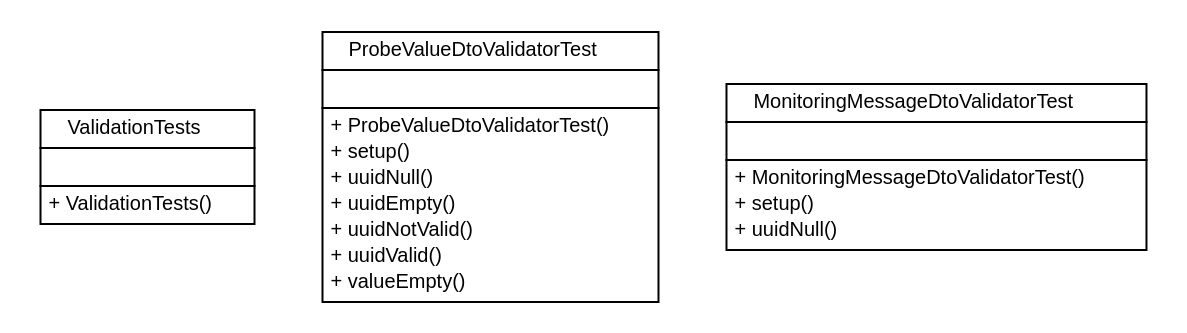
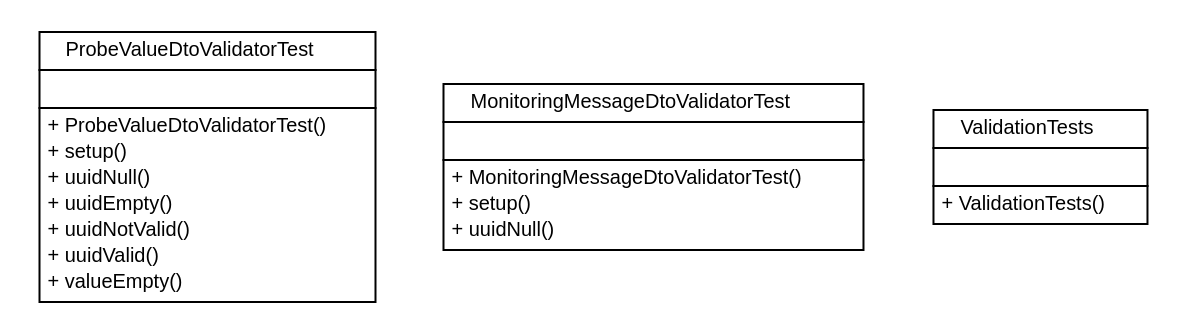
One commit to serene-project/serene-collector changed the diagram in testapidocs/net/sereneproject/collector/validation/net.sereneproject.collector.validation.dot. Above: the diagram before and after it, drawn with Graphviz. The commit also changed 337 other files, not shown here.

```diff
--- a/testapidocs/net/sereneproject/collector/validation/net.sereneproject.collector.validation.dot
+++ b/testapidocs/net/sereneproject/collector/validation/net.sereneproject.collector.validation.dot
@@ -1,56 +1,56 @@
 #!/usr/local/bin/dot
 #
 # Class diagram 
 # Generated by UMLGraph version 5.1 (http://www.umlgraph.org/)
 #
 
 digraph G {
 	edge [fontname="Helvetica",fontsize=10,labelfontname="Helvetica",labelfontsize=10];
 	node [fontname="Helvetica",fontsize=10,shape=plaintext];
 	nodesep=0.25;
 	ranksep=0.5;
-	// net.sereneproject.collector.validation.ValidationTests
-	c46 [label=<<table title="net.sereneproject.collector.validation.ValidationTests" border="0" cellborder="1" cellspacing="0" cellpadding="2" port="p" href="./ValidationTests.html">
-		<tr><td><table border="0" cellspacing="0" cellpadding="1">
-<tr><td align="center" balign="center"> ValidationTests </td></tr>
-		</table></td></tr>
-		<tr><td><table border="0" cellspacing="0" cellpadding="1">
-<tr><td align="left" balign="left">  </td></tr>
-		</table></td></tr>
-		<tr><td><table border="0" cellspacing="0" cellpadding="1">
-<tr><td align="left" balign="left"> + ValidationTests() </td></tr>
-		</table></td></tr>
-		</table>>, fontname="Helvetica", fontcolor="black", fontsize=10.0];
 	// net.sereneproject.collector.validation.ProbeValueDtoValidatorTest
 	c47 [label=<<table title="net.sereneproject.collector.validation.ProbeValueDtoValidatorTest" border="0" cellborder="1" cellspacing="0" cellpadding="2" port="p" href="./ProbeValueDtoValidatorTest.html">
 		<tr><td><table border="0" cellspacing="0" cellpadding="1">
 <tr><td align="center" balign="center"> ProbeValueDtoValidatorTest </td></tr>
 		</table></td></tr>
 		<tr><td><table border="0" cellspacing="0" cellpadding="1">
 <tr><td align="left" balign="left">  </td></tr>
 		</table></td></tr>
 		<tr><td><table border="0" cellspacing="0" cellpadding="1">
 <tr><td align="left" balign="left"> + ProbeValueDtoValidatorTest() </td></tr>
 <tr><td align="left" balign="left"> + setup() </td></tr>
 <tr><td align="left" balign="left"> + uuidNull() </td></tr>
 <tr><td align="left" balign="left"> + uuidEmpty() </td></tr>
 <tr><td align="left" balign="left"> + uuidNotValid() </td></tr>
 <tr><td align="left" balign="left"> + uuidValid() </td></tr>
 <tr><td align="left" balign="left"> + valueEmpty() </td></tr>
 		</table></td></tr>
 		</table>>, fontname="Helvetica", fontcolor="black", fontsize=10.0];
 	// net.sereneproject.collector.validation.MonitoringMessageDtoValidatorTest
 	c48 [label=<<table title="net.sereneproject.collector.validation.MonitoringMessageDtoValidatorTest" border="0" cellborder="1" cellspacing="0" cellpadding="2" port="p" href="./MonitoringMessageDtoValidatorTest.html">
 		<tr><td><table border="0" cellspacing="0" cellpadding="1">
 <tr><td align="center" balign="center"> MonitoringMessageDtoValidatorTest </td></tr>
 		</table></td></tr>
 		<tr><td><table border="0" cellspacing="0" cellpadding="1">
 <tr><td align="left" balign="left">  </td></tr>
 		</table></td></tr>
 		<tr><td><table border="0" cellspacing="0" cellpadding="1">
 <tr><td align="left" balign="left"> + MonitoringMessageDtoValidatorTest() </td></tr>
 <tr><td align="left" balign="left"> + setup() </td></tr>
 <tr><td align="left" balign="left"> + uuidNull() </td></tr>
 		</table></td></tr>
 		</table>>, fontname="Helvetica", fontcolor="black", fontsize=10.0];
+	// net.sereneproject.collector.validation.ValidationTests
+	c49 [label=<<table title="net.sereneproject.collector.validation.ValidationTests" border="0" cellborder="1" cellspacing="0" cellpadding="2" port="p" href="./ValidationTests.html">
+		<tr><td><table border="0" cellspacing="0" cellpadding="1">
+<tr><td align="center" balign="center"> ValidationTests </td></tr>
+		</table></td></tr>
+		<tr><td><table border="0" cellspacing="0" cellpadding="1">
+<tr><td align="left" balign="left">  </td></tr>
+		</table></td></tr>
+		<tr><td><table border="0" cellspacing="0" cellpadding="1">
+<tr><td align="left" balign="left"> + ValidationTests() </td></tr>
+		</table></td></tr>
+		</table>>, fontname="Helvetica", fontcolor="black", fontsize=10.0];
 }
```
